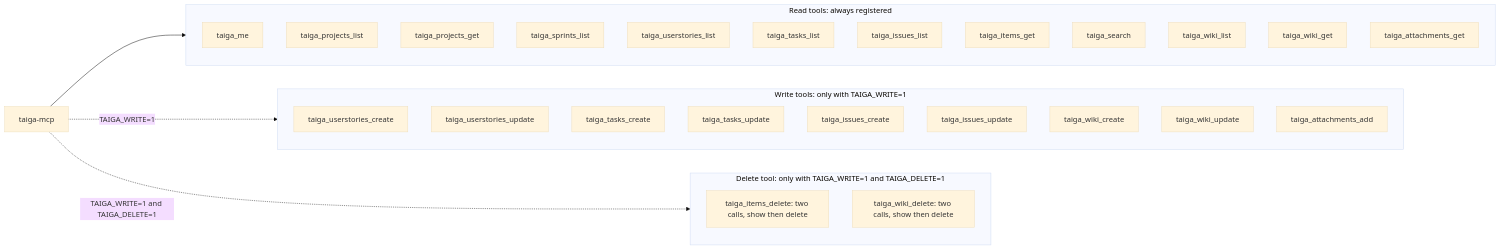
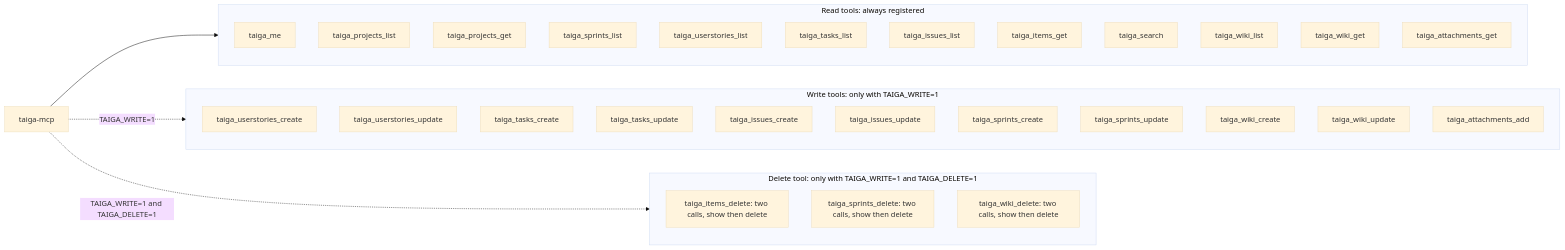
Before and after one commit to CamposCodes/taiga-r2da-mcp: the first of 3 diagrams in docs/usage.md, drawn with Mermaid (base theme). The commit also changed other lines of this file and 10 other files, not shown here.

Commit message:
feat: create, edit, close and delete the sprints of a project

````diff
--- a/docs/usage.md
+++ b/docs/usage.md
@@ -19,36 +19,39 @@
 ```mermaid
 flowchart LR
     server["taiga-mcp"]
     subgraph read["Read tools: always registered"]
         me["taiga_me"]
         plist["taiga_projects_list"]
         pget["taiga_projects_get"]
         sprints["taiga_sprints_list"]
         us["taiga_userstories_list"]
         tasks["taiga_tasks_list"]
         issues["taiga_issues_list"]
         item["taiga_items_get"]
         search["taiga_search"]
         wlist["taiga_wiki_list"]
         wget["taiga_wiki_get"]
         aget["taiga_attachments_get"]
     end
     subgraph write["Write tools: only with TAIGA_WRITE=1"]
         uscreate["taiga_userstories_create"]
         usupdate["taiga_userstories_update"]
         tcreate["taiga_tasks_create"]
         tupdate["taiga_tasks_update"]
         icreate["taiga_issues_create"]
         iupdate["taiga_issues_update"]
+        screate["taiga_sprints_create"]
+        supdate["taiga_sprints_update"]
         wcreate["taiga_wiki_create"]
         wupdate["taiga_wiki_update"]
         aadd["taiga_attachments_add"]
     end
     subgraph remove["Delete tool: only with TAIGA_WRITE=1 and TAIGA_DELETE=1"]
         del["taiga_items_delete: two calls, show then delete"]
+        sdel["taiga_sprints_delete: two calls, show then delete"]
         wdel["taiga_wiki_delete: two calls, show then delete"]
     end
     server --> read
     server -.->|"TAIGA_WRITE=1"| write
     server -.->|"TAIGA_WRITE=1 and TAIGA_DELETE=1"| remove
 ```
````
